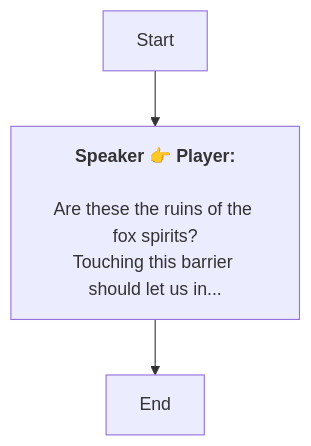
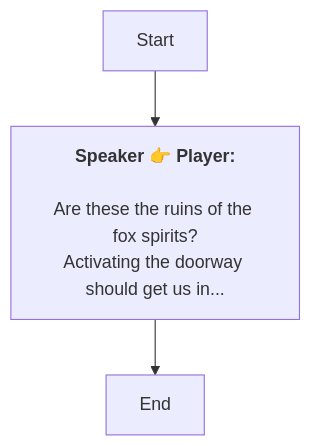
The diagram in En/QuestStartTalkENode_1749521427653894.md (SoftHu/tos_avg), drawn with Mermaid before and after one commit. The commit also changed 297 other files, not shown here.

````diff
--- a/En/QuestStartTalkENode_1749521427653894.md
+++ b/En/QuestStartTalkENode_1749521427653894.md
@@ -1,9 +1,9 @@
 ```mermaid
 graph
 Start -->1749521508459785[<b>Speaker 👉 Player:</b>
 
 Are these the ruins of the fox spirits?
-Touching this barrier should let us in...]
+Activating the doorway should get us in...]
 1749521508459785 -->1749521514432778[End]
 
  ```
````
